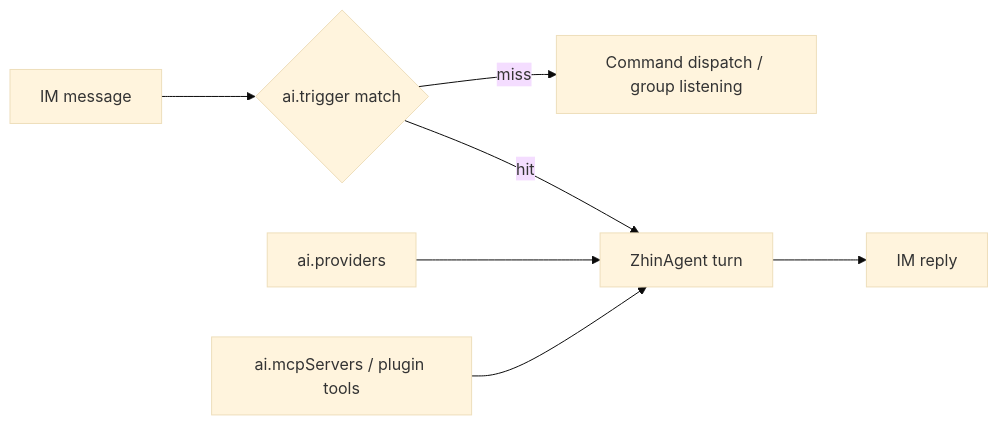
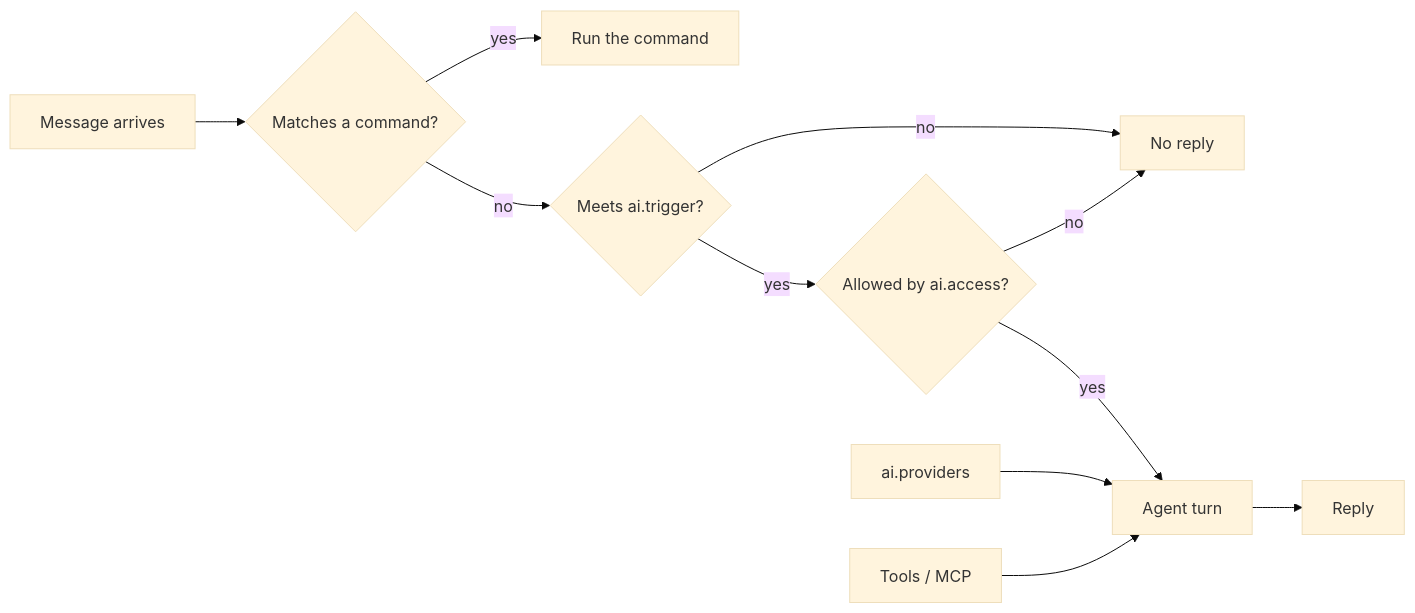
Before and after one commit to zhinjs/zhin: the diagram in docs/en/ai/index.md, drawn with Mermaid (base theme). The commit also changed other lines of this file and 65 other files, not shown here.

````diff
--- a/docs/en/ai/index.md
+++ b/docs/en/ai/index.md
@@ -9,9 +270,13 @@
 ```mermaid
 flowchart LR
-    M[IM message] --> T{ai.trigger match}
-    T -- miss --> C[Command dispatch / group listening]
-    T -- hit --> A[ZhinAgent turn]
-    B[ai.providers] --> A
-    S[ai.mcpServers / plugin tools] --> A
-    A --> R[IM reply]
+    M[Message arrives] --> C{Matches a command?}
+    C -- yes --> R1[Run the command]
+    C -- no --> T{Meets ai.trigger?}
+    T -- no --> X[No reply]
+    T -- yes --> G{Allowed by ai.access?}
+    G -- no --> X
+    G -- yes --> A[Agent turn]
+    P[ai.providers] --> A
+    S[Tools / MCP] --> A
+    A --> R2[Reply]
 ```
````
